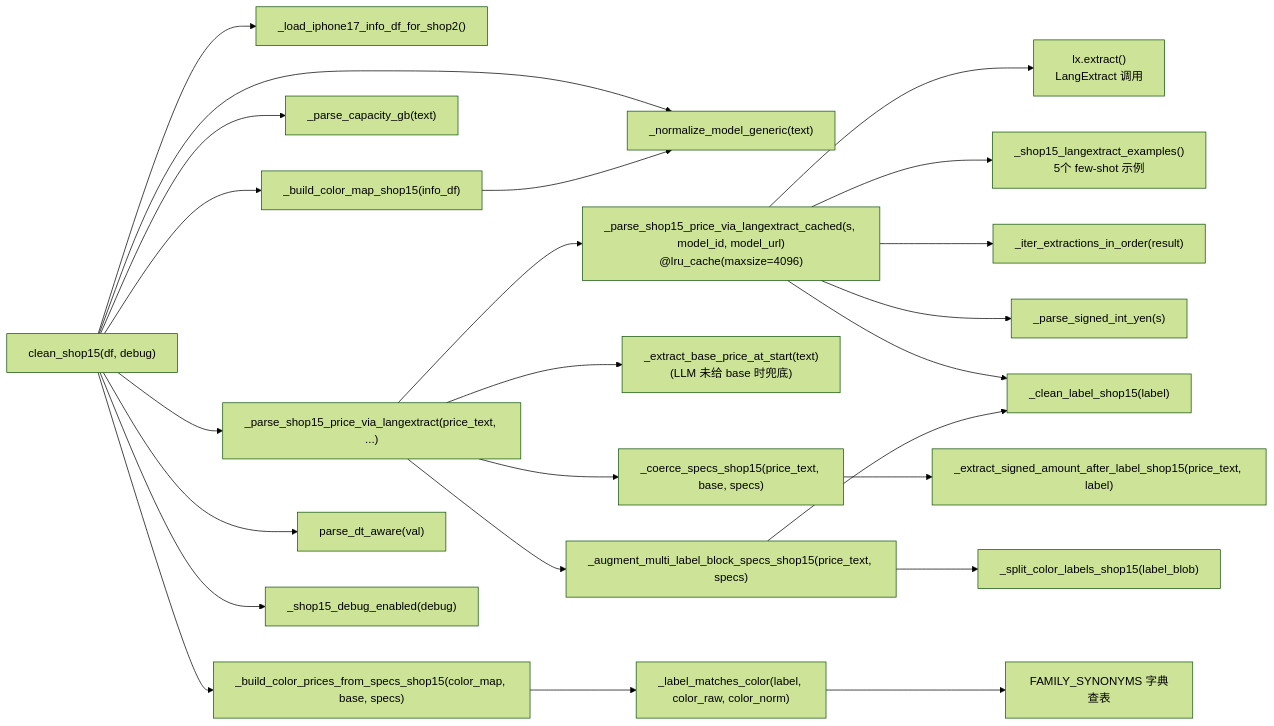
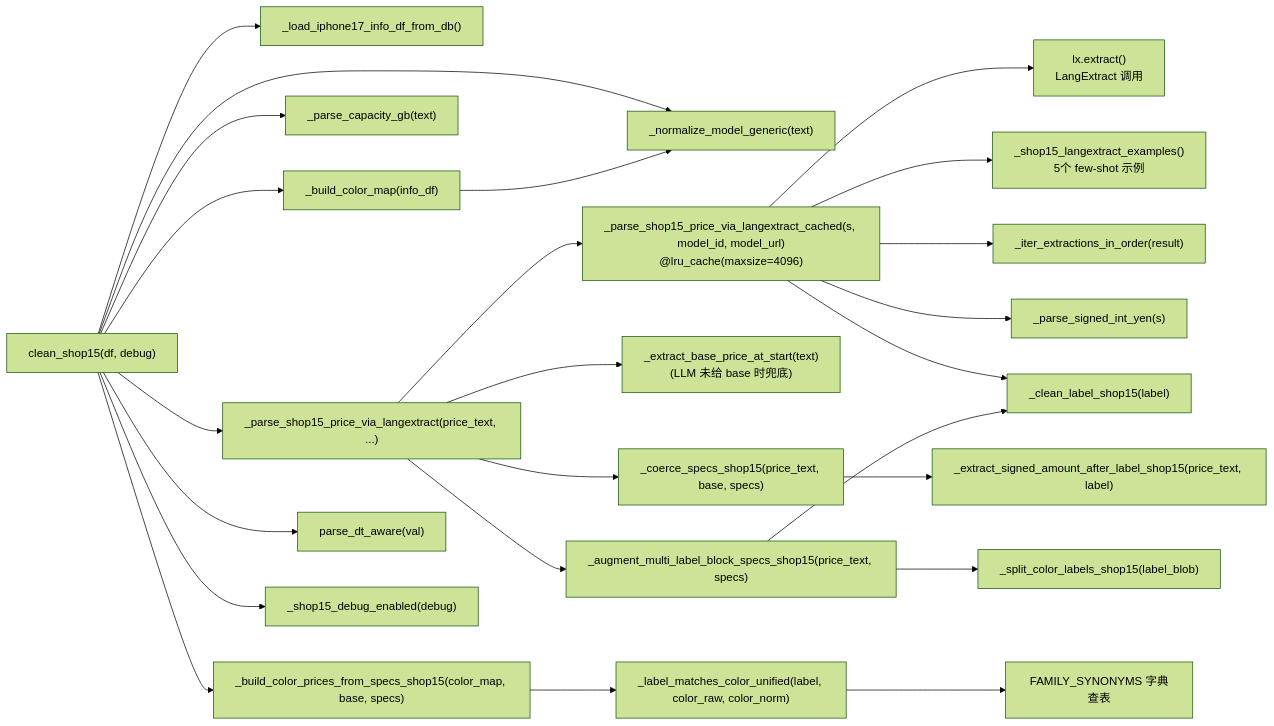
One commit to zhujiansamuel/YamagotiProjects changed the second of 13 diagrams in doc_shop/shop15_cleaner.md. Above: the diagram before and after it, drawn with Mermaid (forest theme). The commit also changed other lines of this file and 44 other files, not shown here.

````diff
--- a/doc_shop/shop15_cleaner.md
+++ b/doc_shop/shop15_cleaner.md
@@ -51,34 +51,34 @@
 ```mermaid
 flowchart LR
     clean["clean_shop15(df, debug)"]
 
-    clean --> load["_load_iphone17_info_df_for_shop2()"]
-    clean --> buildcm["_build_color_map_shop15(info_df)"]
+    clean --> load["_load_iphone17_info_df_from_db()"]
+    clean --> buildcm["_build_color_map(info_df)"]
     clean --> normmod["_normalize_model_generic(text)"]
     clean --> parsecap["_parse_capacity_gb(text)"]
     clean --> parseprice["_parse_shop15_price_via_langextract(price_text, ...)"]
     clean --> buildcp["_build_color_prices_from_specs_shop15(color_map, base, specs)"]
     clean --> parsedt["parse_dt_aware(val)"]
     clean --> debugchk["_shop15_debug_enabled(debug)"]
 
     parseprice --> cached["_parse_shop15_price_via_langextract_cached(s, model_id, model_url)\n@lru_cache(maxsize=4096)"]
     parseprice --> extractbase["_extract_base_price_at_start(text)\n(LLM 未给 base 时兜底)"]
     parseprice --> coerce["_coerce_specs_shop15(price_text, base, specs)"]
     parseprice --> augment["_augment_multi_label_block_specs_shop15(price_text, specs)"]
 
     cached --> lxextract["lx.extract()\nLangExtract 调用"]
     cached --> examples["_shop15_langextract_examples()\n5个 few-shot 示例"]
     cached --> iterext["_iter_extractions_in_order(result)"]
     cached --> parseyen["_parse_signed_int_yen(s)"]
     cached --> cleanlbl["_clean_label_shop15(label)"]
 
     coerce --> signed["_extract_signed_amount_after_label_shop15(price_text, label)"]
 
     augment --> splitlbl["_split_color_labels_shop15(label_blob)"]
     augment --> cleanlbl
 
-    buildcp --> labelmatch["_label_matches_color(label, color_raw, color_norm)"]
+    buildcp --> labelmatch["_label_matches_color_unified(label, color_raw, color_norm)"]
     labelmatch --> familysyn["FAMILY_SYNONYMS 字典查表"]
 
     buildcm --> normmod
 ```
````
